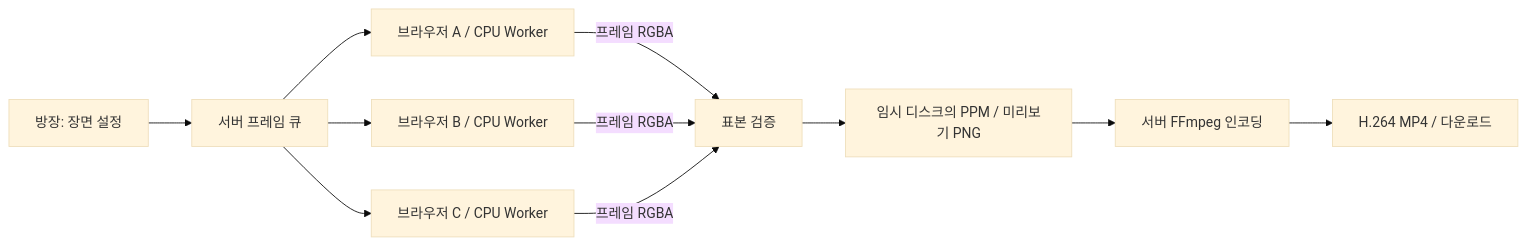
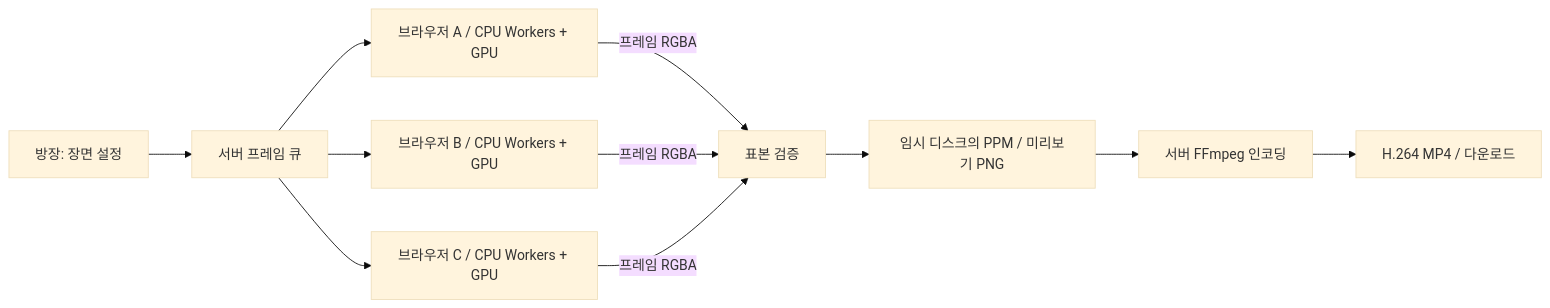
Before and after one commit to S4lmon-SH/TabCloud: the diagram in docs/ANIMATION.md, drawn with Mermaid (base theme). The commit also changed other lines of this file and 30 other files, not shown here.

Commit message:
Add per-device CPU RAM and WebGPU rendering budgets

````diff
--- a/docs/ANIMATION.md
+++ b/docs/ANIMATION.md
@@ -25,13 +47,13 @@
 ```mermaid
 flowchart LR
   H[방장: 장면 설정] --> Q[서버 프레임 큐]
-  Q --> A[브라우저 A / CPU Worker]
-  Q --> B[브라우저 B / CPU Worker]
-  Q --> C[브라우저 C / CPU Worker]
+  Q --> A[브라우저 A / CPU Workers + GPU]
+  Q --> B[브라우저 B / CPU Workers + GPU]
+  Q --> C[브라우저 C / CPU Workers + GPU]
   A -->|프레임 RGBA| V[표본 검증]
   B -->|프레임 RGBA| V
   C -->|프레임 RGBA| V
   V --> D[임시 디스크의 PPM / 미리보기 PNG]
   D --> E[서버 FFmpeg 인코딩]
   E --> M[H.264 MP4 / 다운로드]
 ```
````
